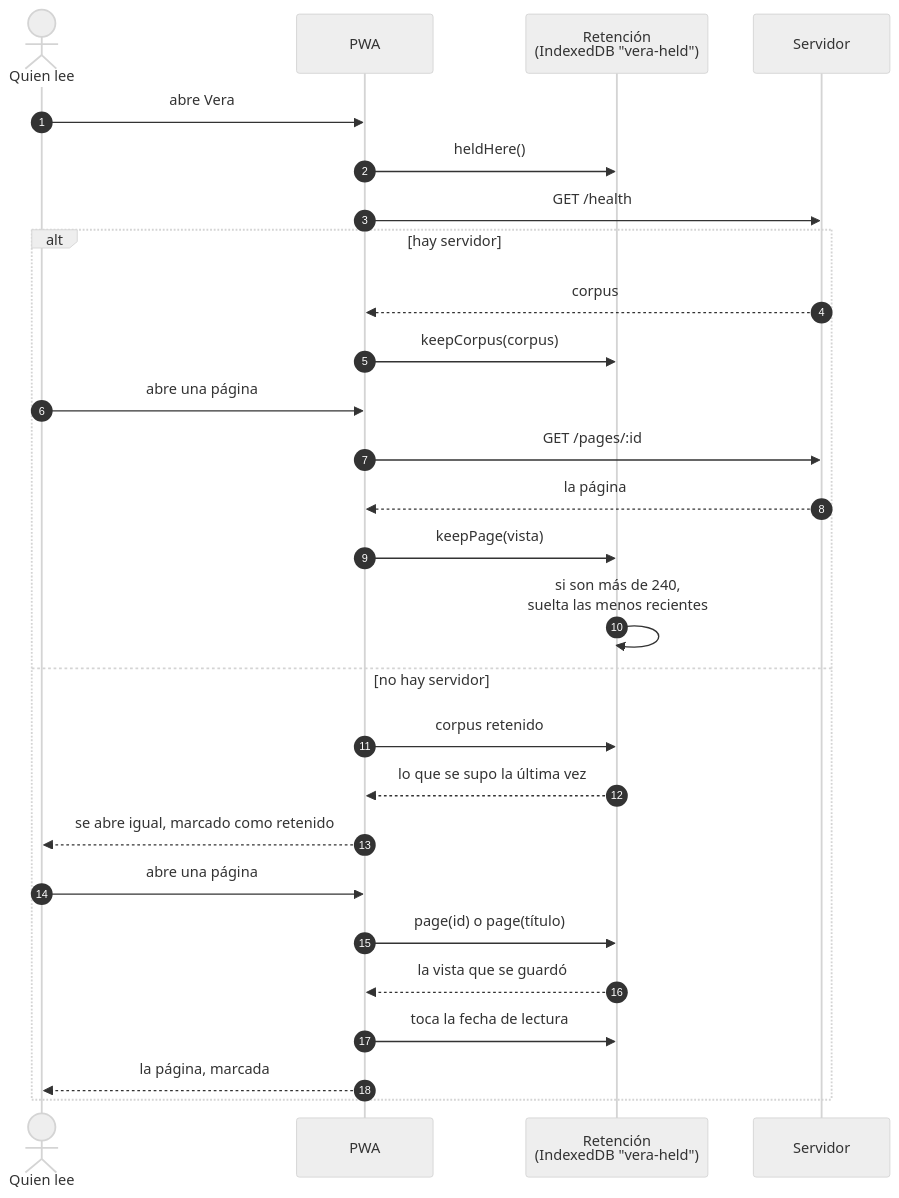
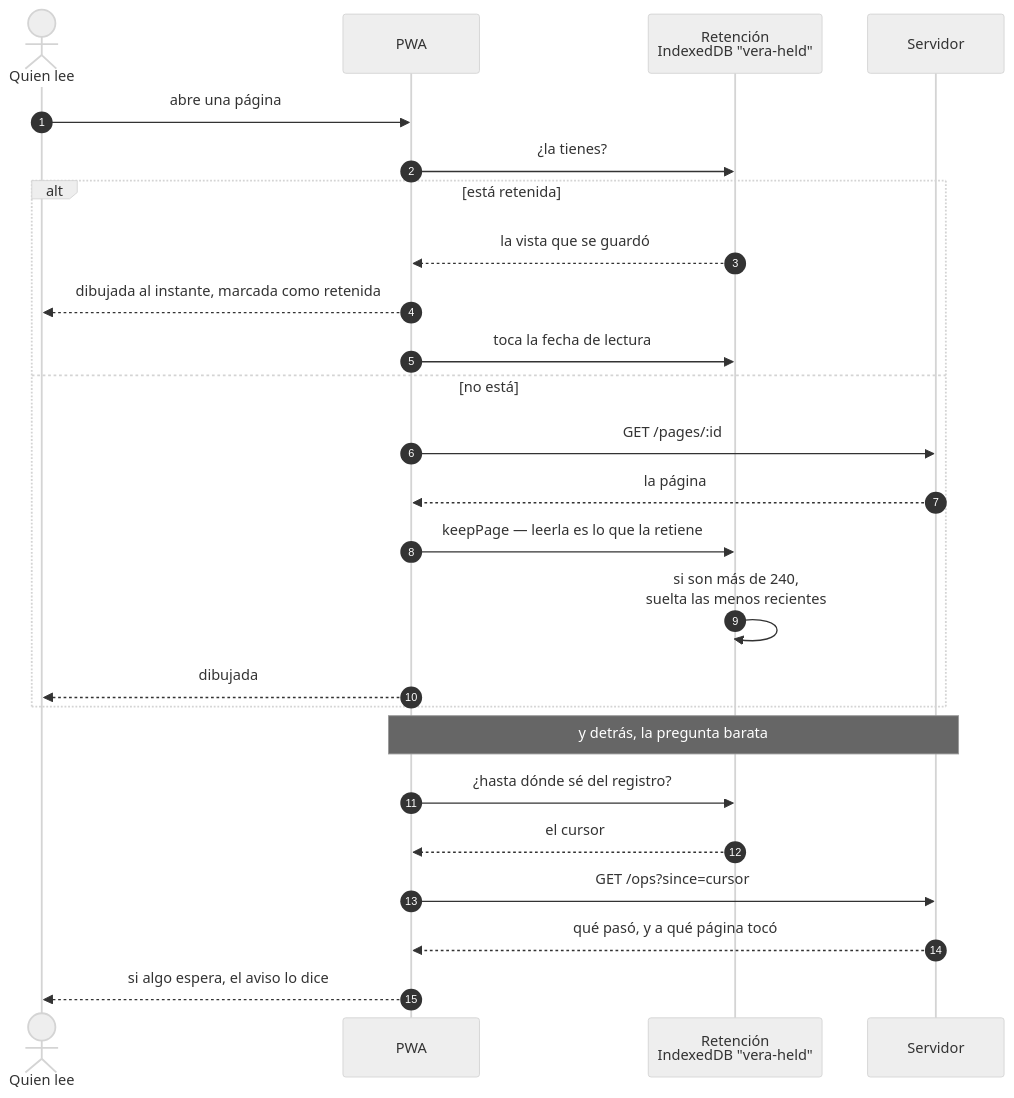
Before and after one commit to hspencer/vera: diagram 22 of 40 in docs/diagramas.md, drawn with Mermaid (neutral theme). The commit also changed other lines of this file, not shown here.

First line of the commit message:
docs: los diagramas cuentan que lo retenido se lee primero, y cómo se decide un desacuerdo

````diff
--- a/docs/diagramas.md
+++ b/docs/diagramas.md
@@ -1095,31 +1131,30 @@
 ```mermaid
 sequenceDiagram
     autonumber
     actor p as Quien lee
     participant app as PWA
-    participant held as Retención<br/>(IndexedDB "vera-held")
+    participant held as Retención<br/>IndexedDB "vera-held"
     participant srv as Servidor
 
-    p->>app: abre Vera
-    app->>held: heldHere()
-    app->>srv: GET /health
+    p->>app: abre una página
+    app->>held: ¿la tienes?
 
-    alt hay servidor
-        srv-->>app: corpus
-        app->>held: keepCorpus(corpus)
-        p->>app: abre una página
+    alt está retenida
+        held-->>app: la vista que se guardó
+        app-->>p: dibujada al instante, marcada como retenida
+        app->>held: toca la fecha de lectura
+    else no está
         app->>srv: GET /pages/:id
         srv-->>app: la página
-        app->>held: keepPage(vista)
+        app->>held: keepPage — leerla es lo que la retiene
         held->>held: si son más de 240,<br/>suelta las menos recientes
-    else no hay servidor
-        app->>held: corpus retenido
-        held-->>app: lo que se supo la última vez
-        app-->>p: se abre igual, marcado como retenido
-        p->>app: abre una página
-        app->>held: page(id) o page(título)
-        held-->>app: la vista que se guardó
-        app->>held: toca la fecha de lectura
-        app-->>p: la página, marcada
+        app-->>p: dibujada
     end
+
+    Note over app,srv: y detrás, la pregunta barata
+    app->>held: ¿hasta dónde sé del registro?
+    held-->>app: el cursor
+    app->>srv: GET /ops?since=cursor
+    srv-->>app: qué pasó, y a qué página tocó
+    app-->>p: si algo espera, el aviso lo dice
 ```
````
